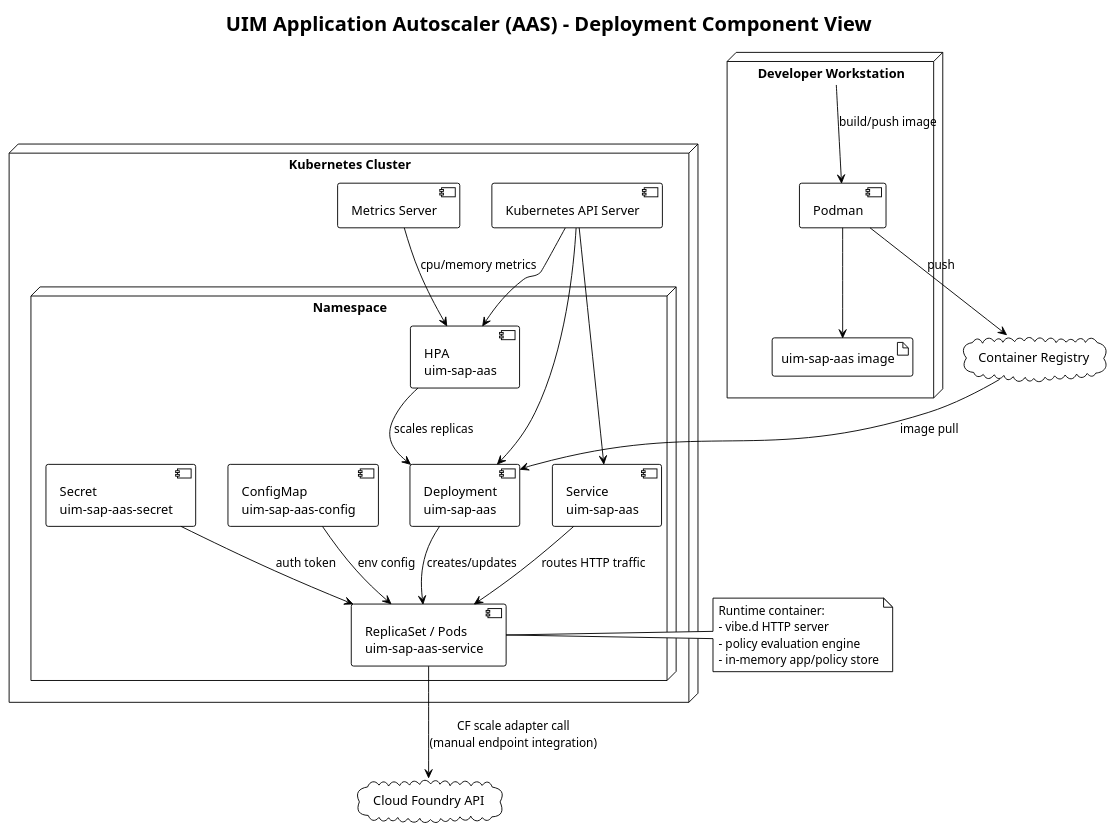
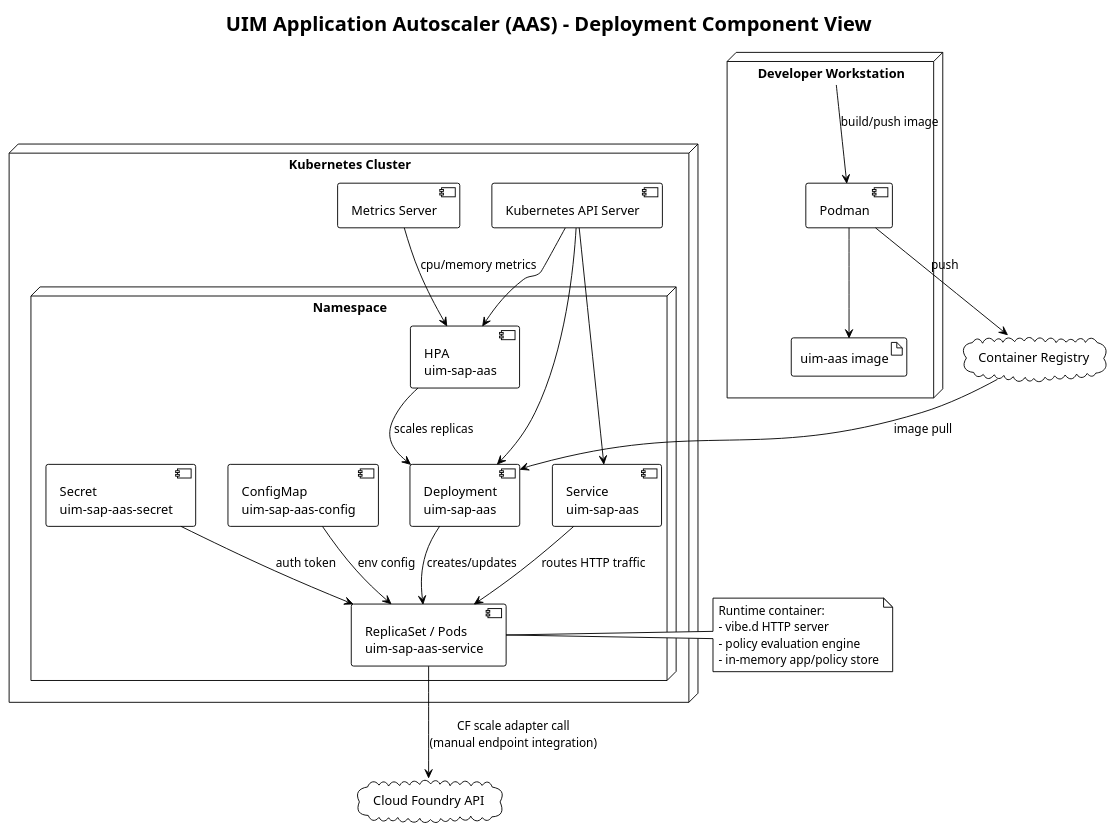
One commit to UIMSolutions/uim-sap-services changed the diagram in application-autoscaler/docs/uml/component-deployment-view.puml. Above: the diagram before and after it, drawn with PlantUML. The commit also changed 9 other files, not shown here.

```diff
--- a/application-autoscaler/docs/uml/component-deployment-view.puml
+++ b/application-autoscaler/docs/uml/component-deployment-view.puml
@@ -1,53 +1,53 @@
 @startuml
 !theme plain
 
 title UIM Application Autoscaler (AAS) - Deployment Component View
 
 node "Developer Workstation" as DevHost {
   component "Podman" as Podman
-  artifact "uim-sap-aas image" as Image
+  artifact "uim-aas image" as Image
 }
 
 cloud "Container Registry" as Registry
 
 node "Kubernetes Cluster" as Cluster {
   node "Namespace" as Namespace {
     component "Deployment\nuim-sap-aas" as Deployment
     component "ReplicaSet / Pods\nuim-sap-aas-service" as Pods
     component "Service\nuim-sap-aas" as Service
     component "HPA\nuim-sap-aas" as HPA
     component "ConfigMap\nuim-sap-aas-config" as ConfigMap
     component "Secret\nuim-sap-aas-secret" as Secret
   }
 
   component "Metrics Server" as Metrics
   component "Kubernetes API Server" as K8sAPI
 }
 
 cloud "Cloud Foundry API" as CFAPI
 
 DevHost --> Podman : build/push image
 Podman --> Image
 Podman --> Registry : push
 Registry --> Deployment : image pull
 
 Deployment --> Pods : creates/updates
 ConfigMap --> Pods : env config
 Secret --> Pods : auth token
 Service --> Pods : routes HTTP traffic
 HPA --> Deployment : scales replicas
 Metrics --> HPA : cpu/memory metrics
 
 Pods --> CFAPI : CF scale adapter call\n(manual endpoint integration)
 K8sAPI --> Deployment
 K8sAPI --> Service
 K8sAPI --> HPA
 
 note right of Pods
 Runtime container:
 - vibe.d HTTP server
 - policy evaluation engine
 - in-memory app/policy store
 end note
 
 @enduml
```
